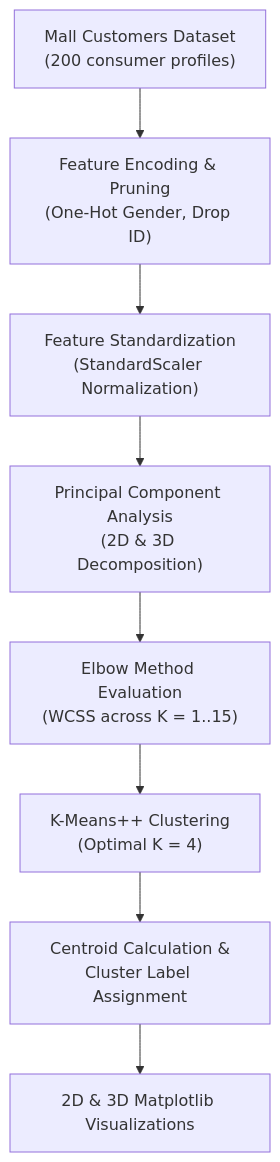
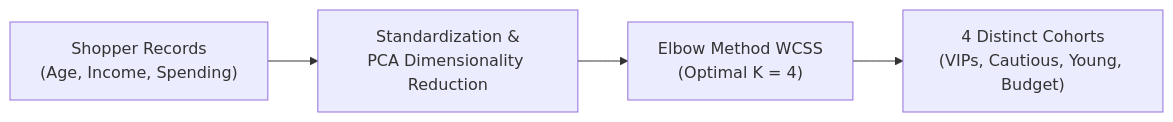
Before and after one commit to Umair-Nawaz0/kmeans-customer-segmentation: the diagram in README.md, drawn with Mermaid. The commit also changed other lines of this file, not shown here.

````diff
--- a/README.md
+++ b/README.md
@@ -48,10 +41,6 @@
 ```mermaid
-flowchart TD
-    A["Mall Customers Dataset<br/>(200 consumer profiles)"] --> B["Feature Encoding & Pruning<br/>(One-Hot Gender, Drop ID)"]
-    B --> C["Feature Standardization<br/>(StandardScaler Normalization)"]
-    C --> D["Principal Component Analysis<br/>(2D & 3D Decomposition)"]
-    D --> E["Elbow Method Evaluation<br/>(WCSS across K = 1..15)"]
-    E --> F["K-Means++ Clustering<br/>(Optimal K = 4)"]
-    F --> G["Centroid Calculation &<br/>Cluster Label Assignment"]
-    G --> H["2D & 3D Matplotlib Visualizations"]
+flowchart LR
+    Shoppers["Shopper Records<br/>(Age, Income, Spending)"] --> PCA["Standardization &<br/>PCA Dimensionality Reduction"]
+    PCA --> Elbow["Elbow Method WCSS<br/>(Optimal K = 4)"]
+    Elbow --> Segments["4 Distinct Cohorts<br/>(VIPs, Cautious, Young, Budget)"]
 ```
````
